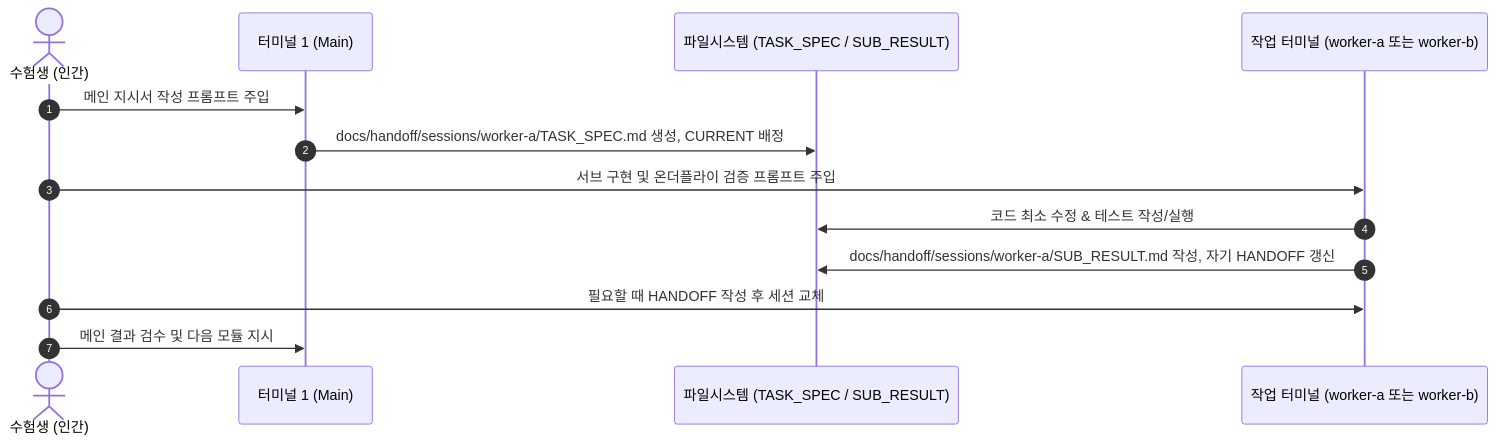
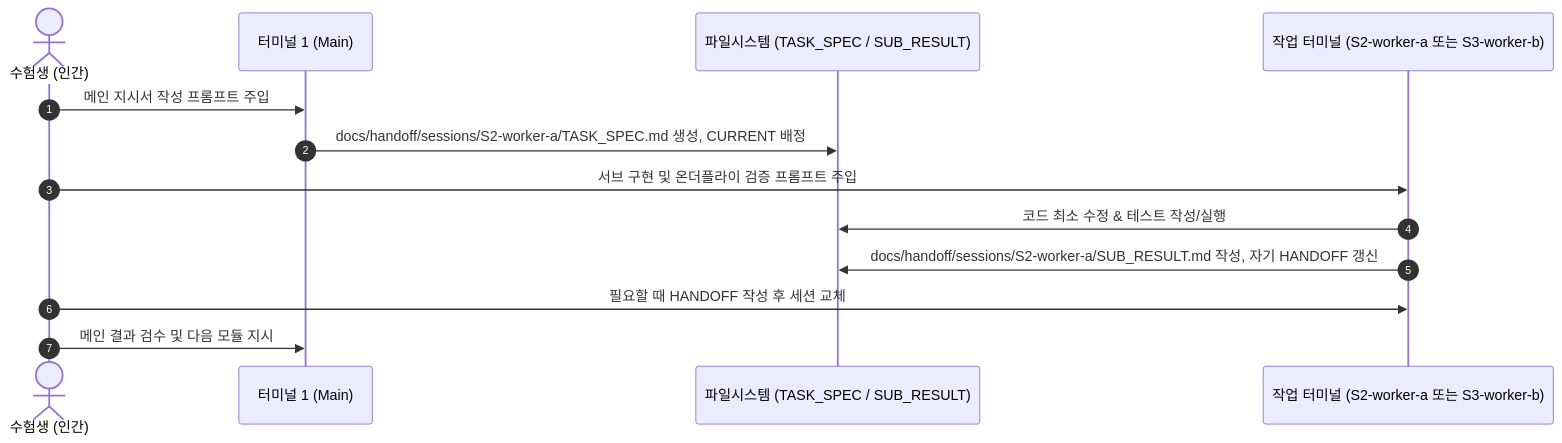
One commit to gxonu/sk-probe-kit changed the diagram in foruser.md. Above: the diagram before and after it, drawn with Mermaid. The commit also changed other lines of this file and 2 other files, not shown here.

````diff
--- a/foruser.md
+++ b/foruser.md
@@ -253,16 +345,16 @@
 ```mermaid
 sequenceDiagram
     autonumber
     actor User as 수험생 (인간)
     participant T1 as 터미널 1 (Main)
     participant FS as 파일시스템 (TASK_SPEC / SUB_RESULT)
-    participant T2 as 작업 터미널 (worker-a 또는 worker-b)
+    participant T2 as 작업 터미널 (S2-worker-a 또는 S3-worker-b)
 
     User->>T1: 메인 지시서 작성 프롬프트 주입
-    T1->>FS: docs/handoff/sessions/worker-a/TASK_SPEC.md 생성, CURRENT 배정
+    T1->>FS: docs/handoff/sessions/S2-worker-a/TASK_SPEC.md 생성, CURRENT 배정
     User->>T2: 서브 구현 및 온더플라이 검증 프롬프트 주입
     T2->>FS: 코드 최소 수정 & 테스트 작성/실행
-    T2->>FS: docs/handoff/sessions/worker-a/SUB_RESULT.md 작성, 자기 HANDOFF 갱신
+    T2->>FS: docs/handoff/sessions/S2-worker-a/SUB_RESULT.md 작성, 자기 HANDOFF 갱신
     User->>T2: 필요할 때 HANDOFF 작성 후 세션 교체
     User->>T1: 메인 결과 검수 및 다음 모듈 지시
 ```
````
